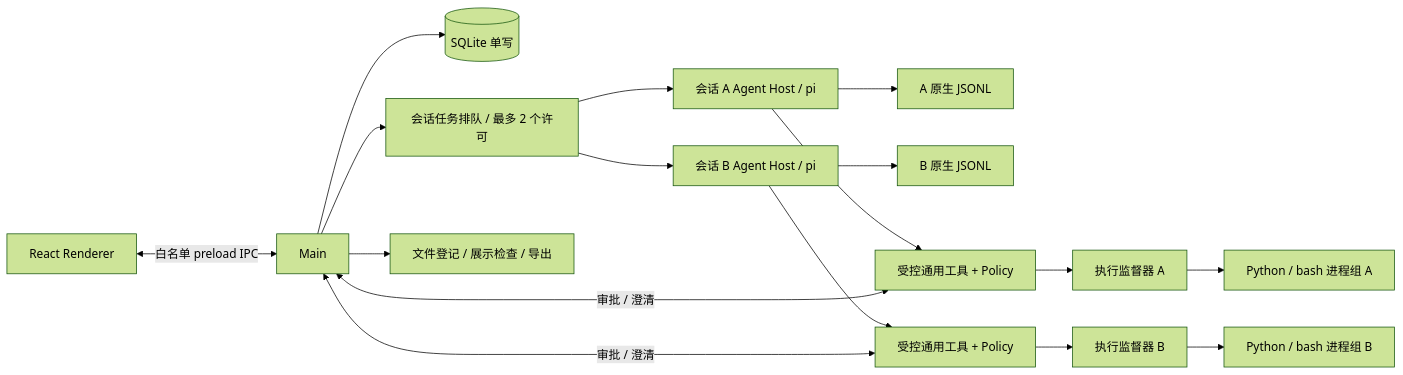
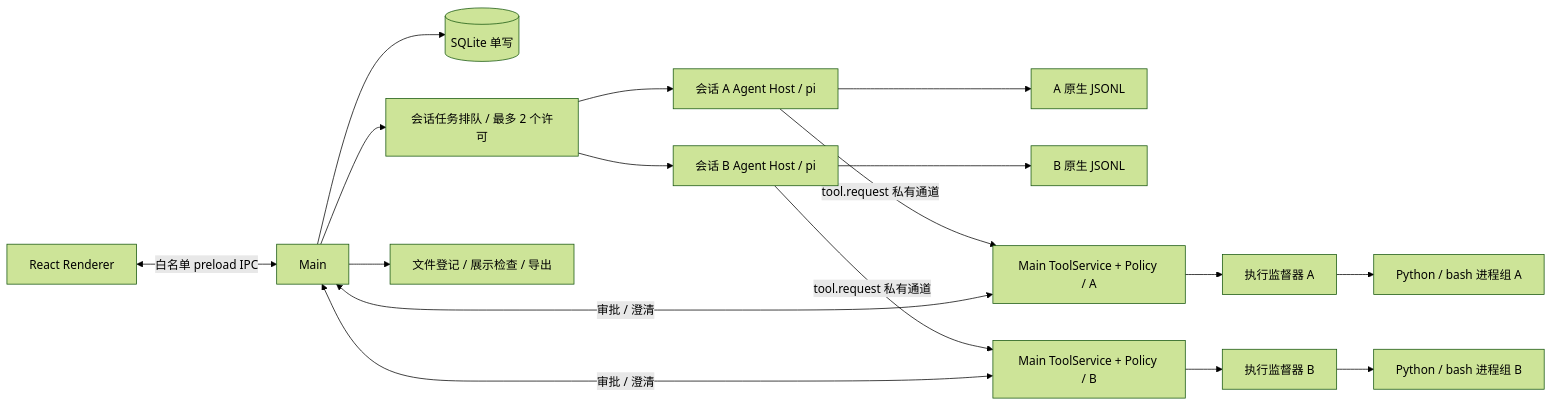
Before and after one commit to jindingi/data_agent: the diagram in docs/technical-design.md, drawn with Mermaid (forest theme). The commit also changed other lines of this file and 43 other files, not shown here.

````diff
--- a/docs/technical-design.md
+++ b/docs/technical-design.md
@@ -21,19 +21,19 @@
 ```mermaid
 flowchart LR
   UI[React Renderer] <-->|白名单 preload IPC| Main[Main]
   Main --> DB[(SQLite 单写)]
   Main --> Admission[会话任务排队 / 最多 2 个许可]
   Admission --> A[会话 A Agent Host / pi]
   Admission --> B[会话 B Agent Host / pi]
   A --> JA[A 原生 JSONL]
   B --> JB[B 原生 JSONL]
-  A --> PA[受控通用工具 + Policy]
-  B --> PB[受控通用工具 + Policy]
+  A -->|tool.request 私有通道| PA[Main ToolService + Policy / A]
+  B -->|tool.request 私有通道| PB[Main ToolService + Policy / B]
   PA --> WA[执行监督器 A]
   PB --> WB[执行监督器 B]
   WA --> RA[Python / bash 进程组 A]
   WB --> RB[Python / bash 进程组 B]
   Main --> Artifacts[文件登记 / 展示检查 / 导出]
   PA <-->|审批 / 澄清| Main
   PB <-->|审批 / 澄清| Main
 ```
````
